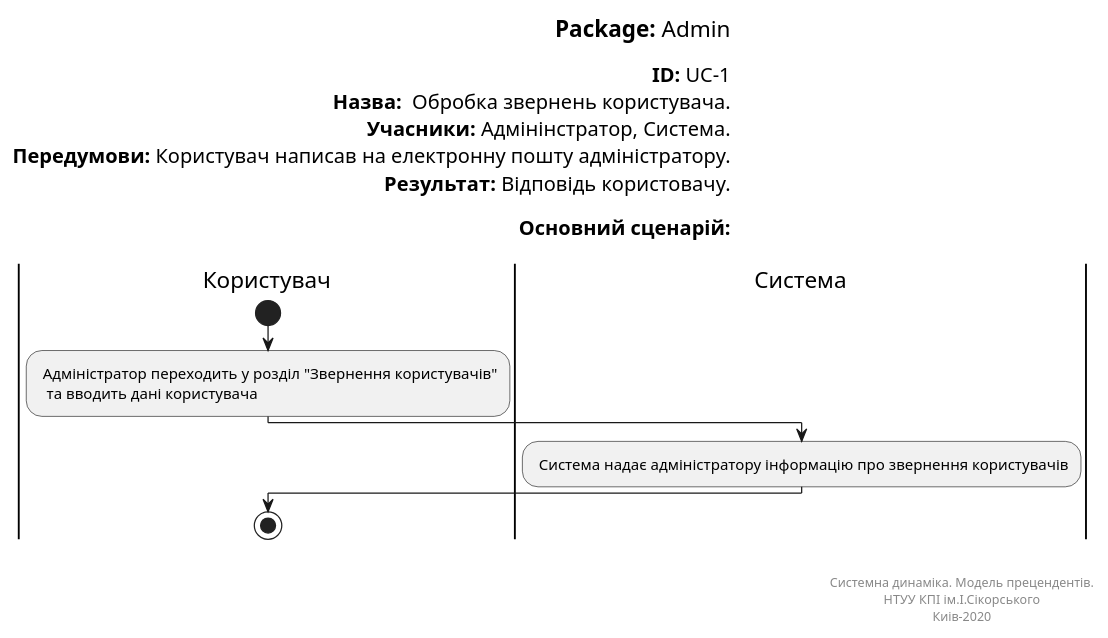
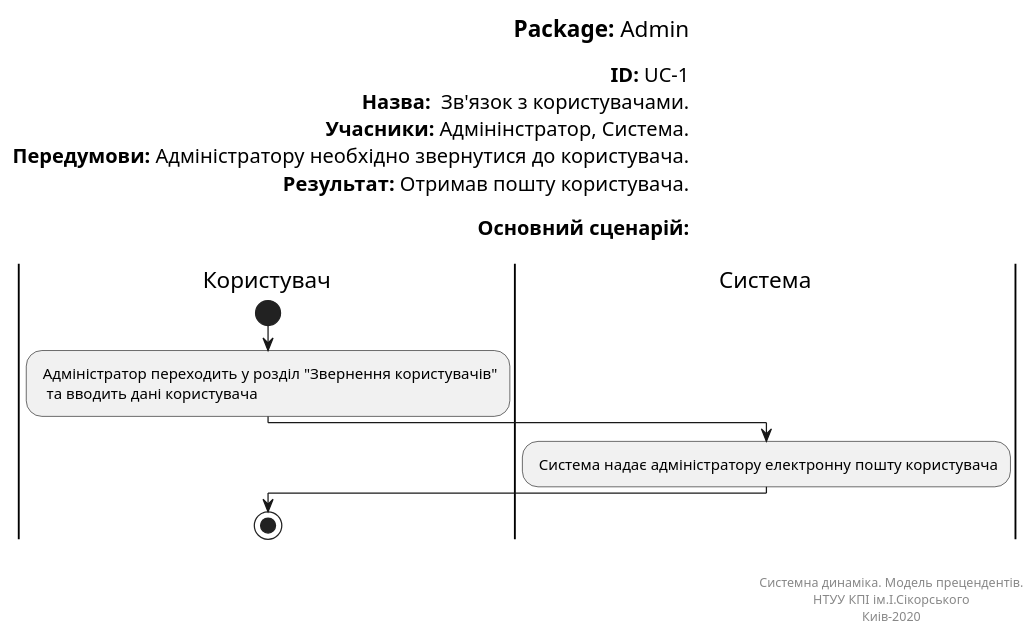
The diagram in Doc/UMLdiagrams/scenarios/admin/Diagrams/UML/UC1.pu (kirilinsane/Team2), drawn with PlantUML before and after one commit. The commit also changed 1 other file, not shown here.

```diff
--- a/Doc/UMLdiagrams/scenarios/admin/Diagrams/UML/UC1.pu
+++ b/Doc/UMLdiagrams/scenarios/admin/Diagrams/UML/UC1.pu
@@ -1,34 +1,34 @@
 @startuml
 left header
 <font color=000 size=18><b>Package:</b> Admin
 
 <font color=000 size=16><b>ID:</b> UC-1
-<font color=000 size=16><b>Назва:</b>  Обробка звернень користувача.
+<font color=000 size=16><b>Назва:</b>  Зв'язок з користувачами.
 <font color=000 size=16><b>Учасники:</b> Адмінінстратор, Система.
-<font color=000 size=16><b>Передумови:</b> Користувач написав на електронну пошту адміністратору.
-<font color=000 size=16><b>Результат:</b> Відповідь користовачу.
+<font color=000 size=16><b>Передумови:</b> Адміністратору необхідно звернутися до користувача.
+<font color=000 size=16><b>Результат:</b> Отримав пошту користувача.
 
 <font color=000 size=16><b>Основний сценарій:</b>
 
 end header
 
 |Користувач|
 start
 : Адміністратор переходить у розділ "Звернення користувачів"
   та вводить дані користувача;
 
 |Система|
-: Система надає адміністратору інформацію про звернення користувачів;
+: Система надає адміністратору електронну пошту користувача;
 
 |Користувач|
 
 stop;
 
 right footer
 
 
 Системна динаміка. Модель прецендентів.
 НТУУ КПІ ім.І.Сікорського
 Киів-2020
 end footer
 @enduml
```
